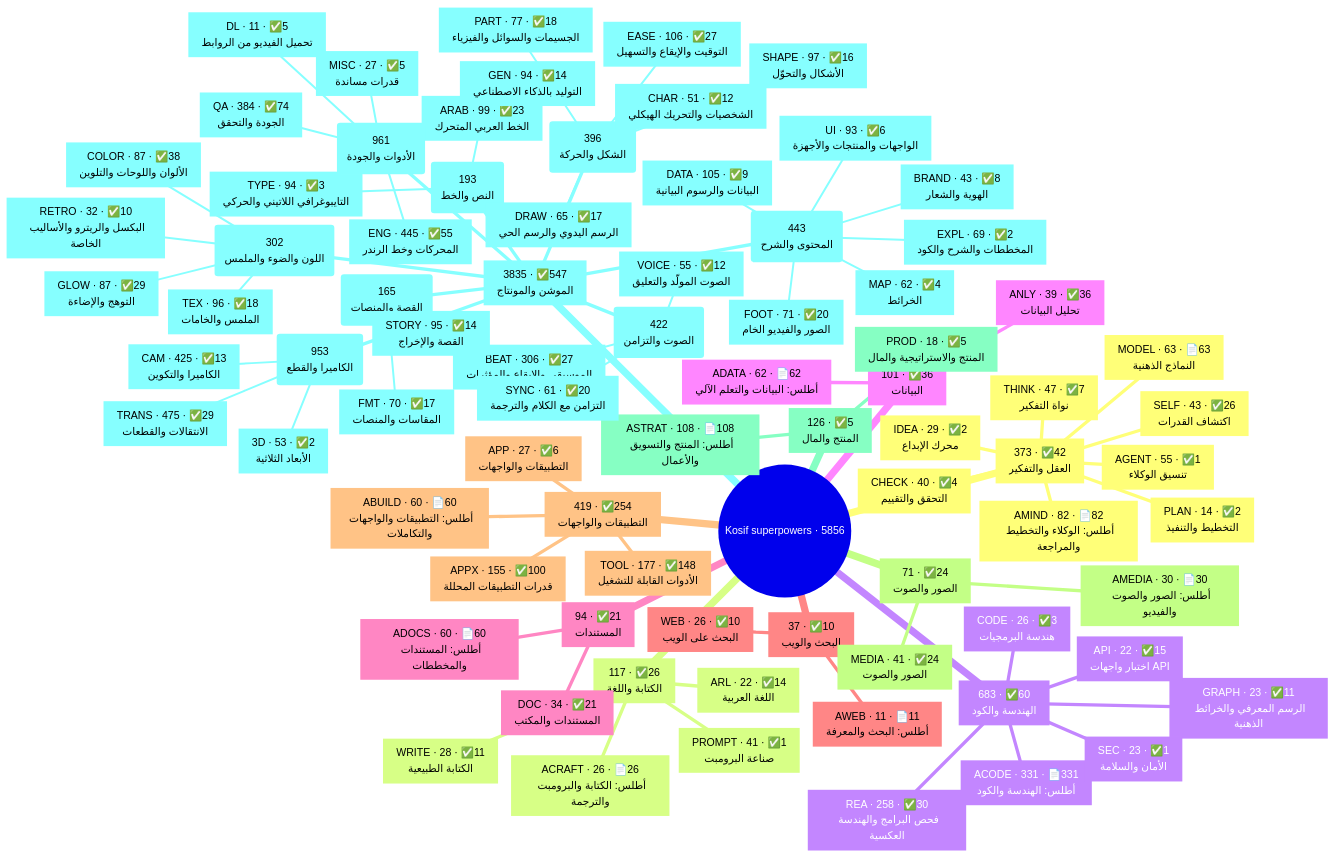
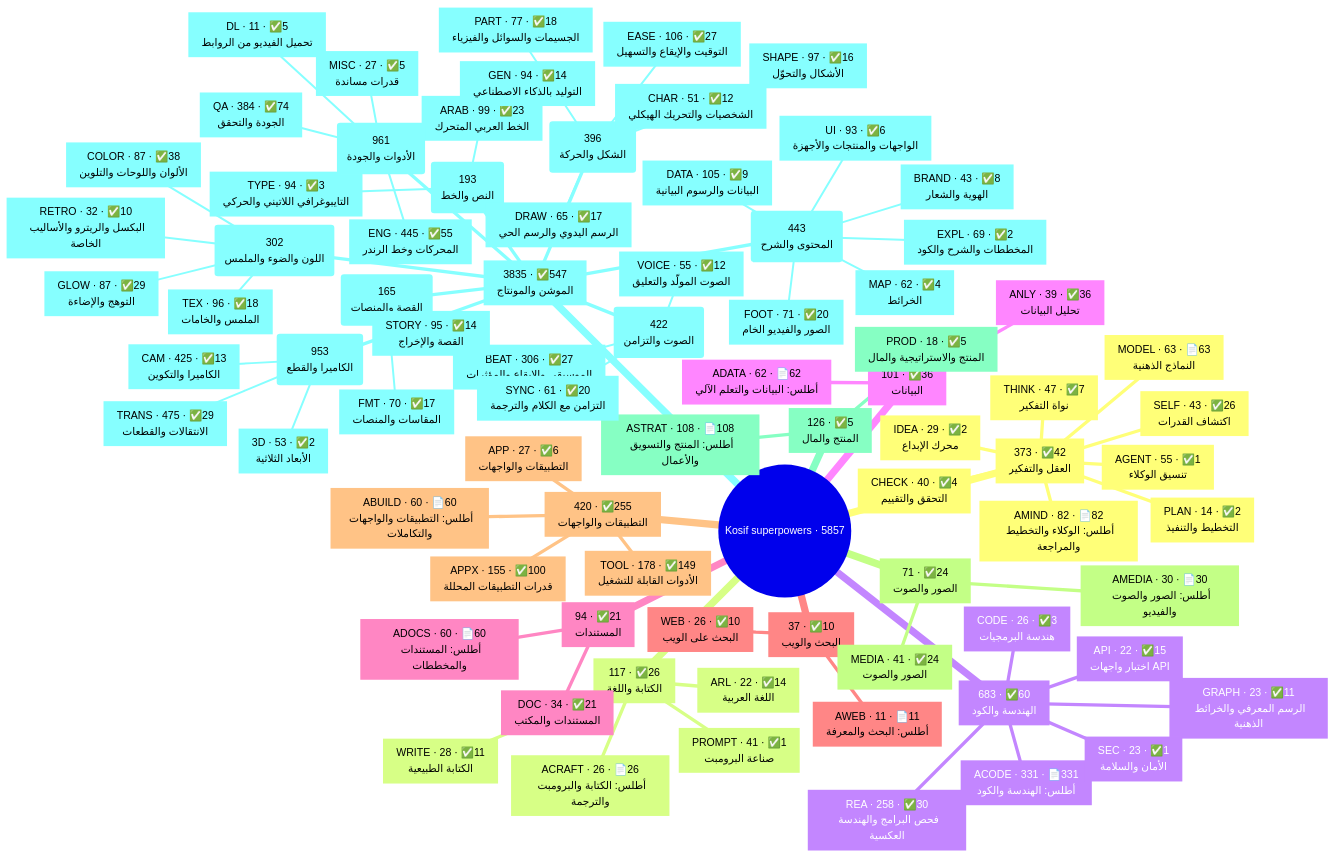
One commit to kosif199022-jpg/kosif-tool changed the first of 2 diagrams in .claude/skills/kosif-superpowers/references/capability-map.md. Above: the diagram before and after it, drawn with Mermaid. The commit also changed other lines of this file and 61 other files, not shown here.

````diff
--- a/.claude/skills/kosif-superpowers/references/capability-map.md
+++ b/.claude/skills/kosif-superpowers/references/capability-map.md
@@ -18,6 +18,6 @@
 ```mermaid
 mindmap
-  root((Kosif superpowers · 5856))
+  root((Kosif superpowers · 5857))
     n1["`373 · ✅42
 العقل والتفكير`"]
       n2["`AMIND · 82 · 📄82
@@ -78,9 +78,9 @@
 البحث على الويب`"]
       n30["`AWEB · 11 · 📄11
 أطلس: البحث والمعرفة`"]
-    n31["`419 · ✅254
+    n31["`420 · ✅255
 التطبيقات والواجهات`"]
-      n32["`TOOL · 177 · ✅148
+      n32["`TOOL · 178 · ✅149
 الأدوات القابلة للتشغيل`"]
       n33["`APPX · 155 · ✅100
 قدرات التطبيقات المحللة`"]
````
